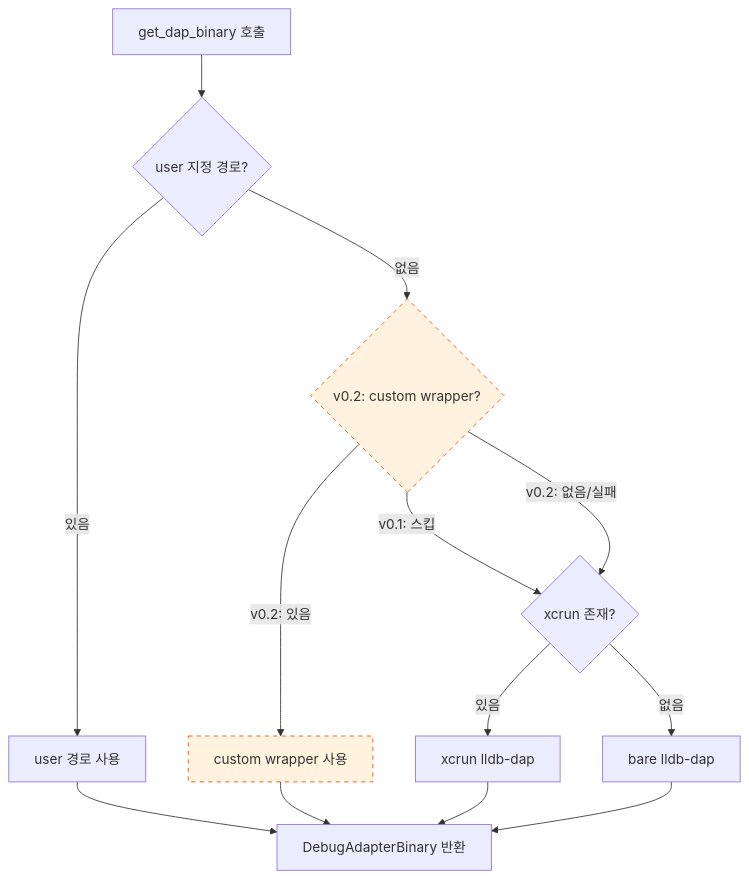
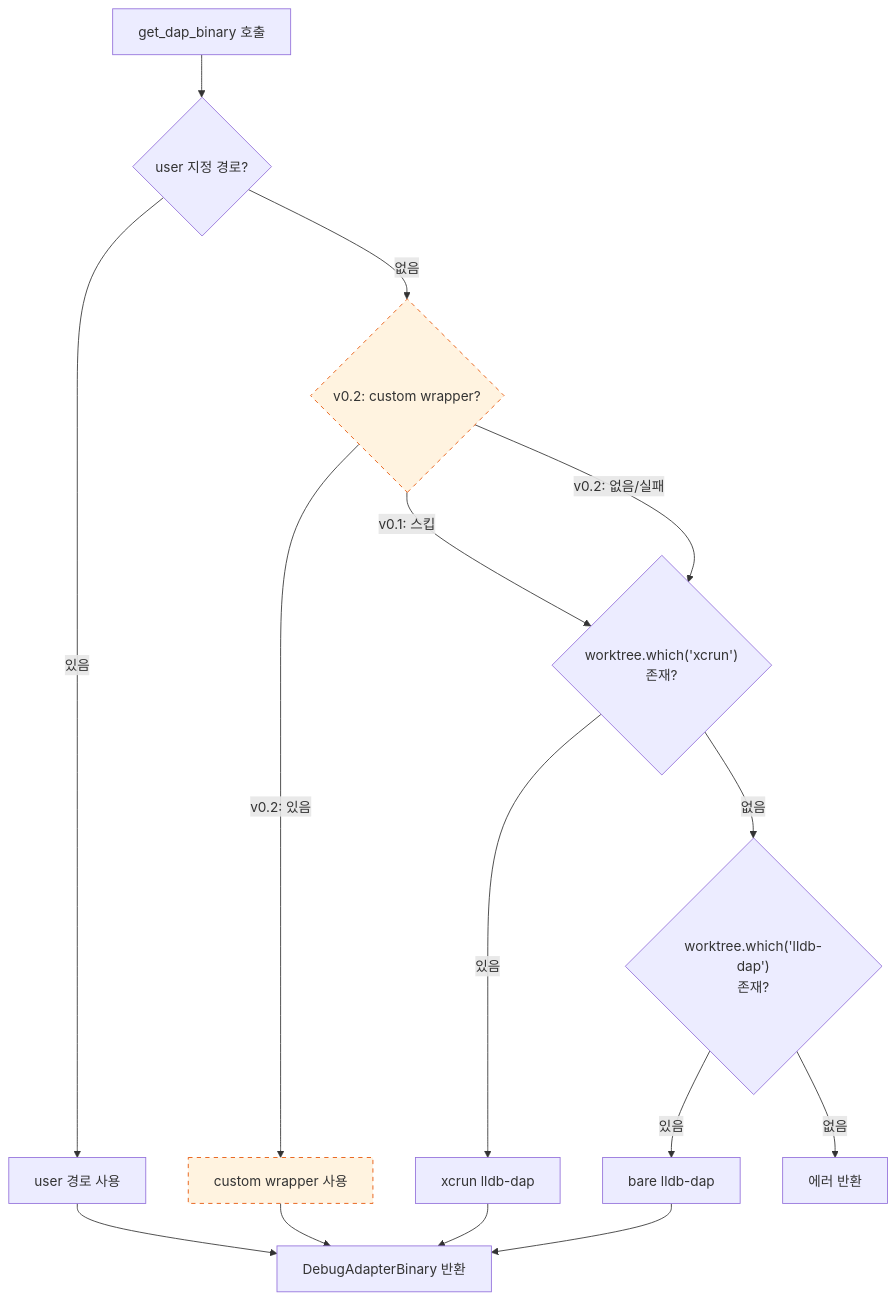
The eighth of 11 diagrams in docs/architecture.md (10000DOO/Alternative-Xcode), drawn with Mermaid before and after one commit. The commit also changed other lines of this file and 2 other files, not shown here.

First line of the commit message:
fix: correct DAP types, use worktree.which(), bundle helpers.sh

````diff
--- a/docs/architecture.md
+++ b/docs/architecture.md
@@ -196,21 +238,24 @@
 ```mermaid
 flowchart TD
     Start[get_dap_binary 호출] --> UserPath{user 지정 경로?}
     UserPath -->|있음| UseUser[user 경로 사용]
     UserPath -->|없음| V02{v0.2: custom wrapper?}
 
-    V02 -->|"v0.1: 스킵"| XCRun{xcrun 존재?}
+    V02 -->|"v0.1: 스킵"| XCRun{"worktree.which('xcrun')<br/>존재?"}
     V02 -->|"v0.2: 있음"| UseWrapper[custom wrapper 사용]
     V02 -->|"v0.2: 없음/실패"| XCRun
 
     XCRun -->|있음| UseXCRun["xcrun lldb-dap"]
-    XCRun -->|없음| UseBare["bare lldb-dap"]
+    XCRun -->|없음| WhichLLDB{"worktree.which('lldb-dap')<br/>존재?"}
+
+    WhichLLDB -->|있음| UseBare["bare lldb-dap"]
+    WhichLLDB -->|없음| Error["에러 반환"]
 
     UseUser --> Return[DebugAdapterBinary 반환]
     UseWrapper --> Return
     UseXCRun --> Return
     UseBare --> Return
 
     style V02 fill:#fff3e0,stroke:#e65100,stroke-dasharray: 5 5
     style UseWrapper fill:#fff3e0,stroke:#e65100,stroke-dasharray: 5 5
 ```
````
